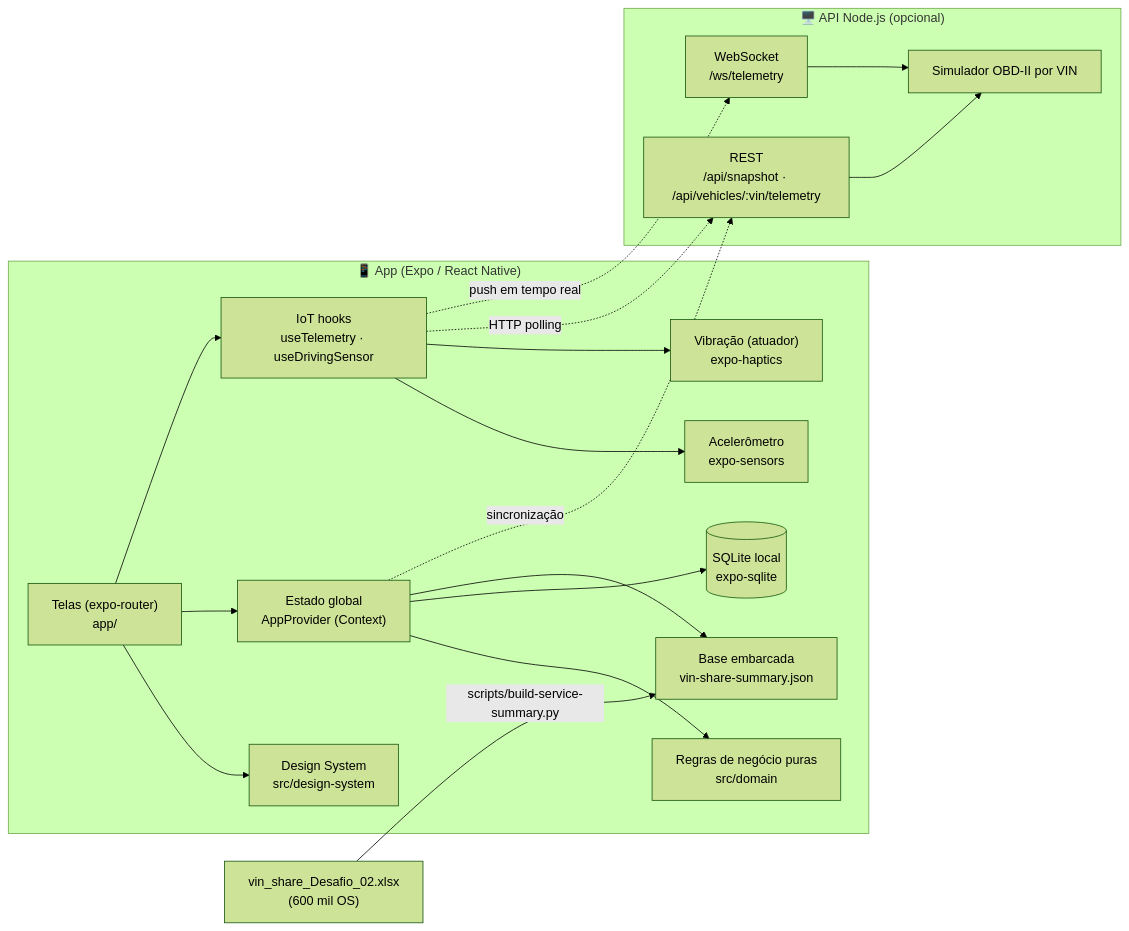
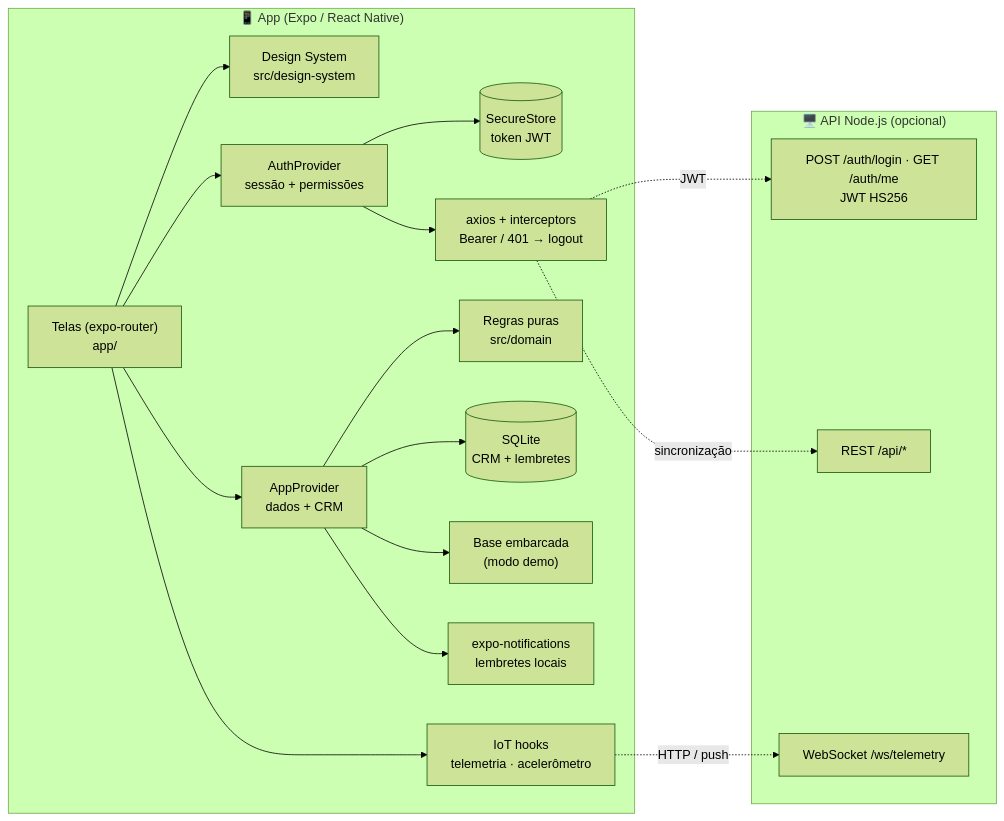
Before and after one commit to 3ESPG/Ford-Mobile-Development-and-IoT: the diagram in README.md, drawn with Mermaid (forest theme). The commit also changed other lines of this file and 68 other files, not shown here.

````diff
--- a/README.md
+++ b/README.md
@@ -153,24 +272,23 @@
 ```mermaid
 flowchart LR
   subgraph App["📱 App (Expo / React Native)"]
     UI["Telas (expo-router)<br/>app/"] --> DS["Design System<br/>src/design-system"]
-    UI --> ST["Estado global<br/>AppProvider (Context)"]
-    ST --> DOM["Regras de negócio puras<br/>src/domain"]
-    ST --> DB[("SQLite local<br/>expo-sqlite")]
-    ST --> SEED["Base embarcada<br/>vin-share-summary.json"]
-    UI --> IOT["IoT hooks<br/>useTelemetry · useDrivingSensor"]
-    IOT --> SENS["Acelerômetro<br/>expo-sensors"]
-    IOT --> ACT["Vibração (atuador)<br/>expo-haptics"]
+    UI --> AUTH["AuthProvider<br/>sessão + permissões"]
+    UI --> ST["AppProvider<br/>dados + CRM"]
+    AUTH --> SS[("SecureStore<br/>token JWT")]
+    AUTH --> HTTP["axios + interceptors<br/>Bearer / 401 → logout"]
+    ST --> DOM["Regras puras<br/>src/domain"]
+    ST --> DB[("SQLite<br/>CRM + lembretes")]
+    ST --> SEED["Base embarcada<br/>(modo demo)"]
+    ST --> NOTIF["expo-notifications<br/>lembretes locais"]
+    UI --> IOT["IoT hooks<br/>telemetria · acelerômetro"]
   end
   subgraph API["🖥️ API Node.js (opcional)"]
-    REST["REST<br/>/api/snapshot · /api/vehicles/:vin/telemetry"]
-    WS["WebSocket<br/>/ws/telemetry"]
-    SIM["Simulador OBD-II por VIN"]
-    REST --> SIM
-    WS --> SIM
+    AUTHAPI["POST /auth/login · GET /auth/me<br/>JWT HS256"]
+    REST["REST /api/*"]
+    WS["WebSocket /ws/telemetry"]
   end
-  XLSX["vin_share_Desafio_02.xlsx<br/>(600 mil OS)"] -->|scripts/build-service-summary.py| SEED
-  ST -. sincronização .-> REST
-  IOT -. HTTP polling .-> REST
-  IOT -. push em tempo real .-> WS
+  HTTP -. JWT .-> AUTHAPI
+  HTTP -. sincronização .-> REST
+  IOT -. HTTP / push .-> WS
 ```
````
